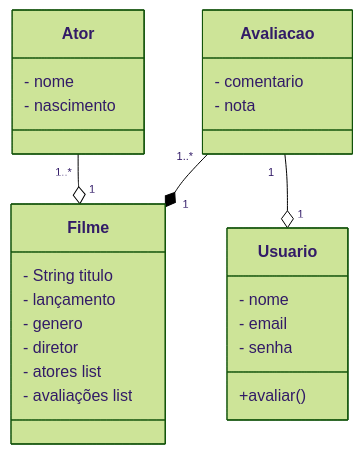
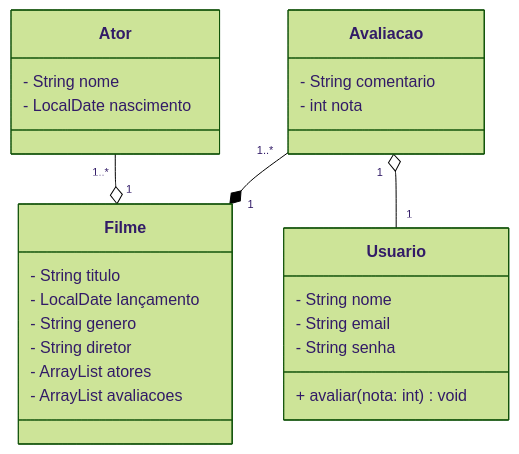
One commit to Aluno55/POO changed the diagram in lab-04/app/src/main/java/engtelecom/poo/README2.md. Above: the diagram before and after it, drawn with Mermaid (forest theme). The commit also changed 2 other files, not shown here.

````diff
--- a/lab-04/app/src/main/java/engtelecom/poo/README2.md
+++ b/lab-04/app/src/main/java/engtelecom/poo/README2.md
@@ -1,28 +1,28 @@
 ```mermaid
 classDiagram
     class Filme{
         - String titulo
-        - lançamento
-        - genero
-        - diretor
-        - atores list
-        - avaliações list
+        - LocalDate lançamento
+        - String genero
+        - String diretor
+        - ArrayList <Ator> atores
+        - ArrayList<Avaliacao> avaliacoes
     }
     class Ator{
-        - nome
-        - nascimento
+        - String nome
+        - LocalDate nascimento
     }
     class Avaliacao{
-        - comentario
-        - nota
+        - String comentario
+        - int nota
     }
     Ator "1..*"--o"1" Filme
     Avaliacao "1..*"--*"1" Filme
-    Avaliacao "1"--o"1" Usuario
+    Avaliacao "1"o--"1" Usuario
     class Usuario{
-        - nome
-        - email
-        - senha
-        +avaliar()
+        - String nome
+        - String email
+        - String senha
+        + avaliar(nota: int) void
     }
 ```
````
